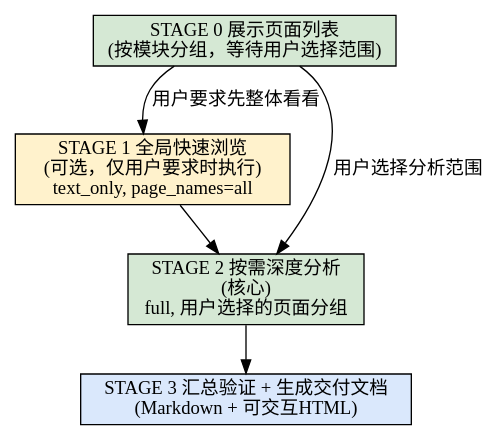
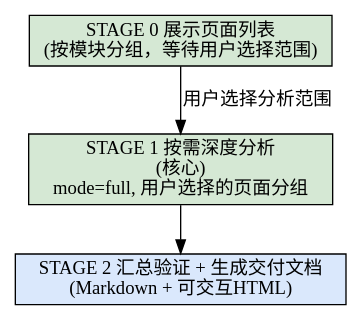
Before and after one commit to BlackFlame-plus/Flame-Skills: the second of 2 diagrams in plugins/ui-or-prd-tool/skills/lanhu-requirements/SKILL.md, drawn with Graphviz. The commit also changed other lines of this file and 3 other files, not shown here.

````diff
--- a/plugins/ui-or-prd-tool/skills/lanhu-requirements/SKILL.md
+++ b/plugins/ui-or-prd-tool/skills/lanhu-requirements/SKILL.md
@@ -180,16 +181,13 @@
 ```dot
-digraph four_stage {
+digraph workflow {
     rankdir=TB;
     node [shape=box, style=filled, fillcolor="#e8f4f8"];
 
     s0 [label="STAGE 0 展示页面列表\n(按模块分组，等待用户选择范围)", fillcolor="#d5e8d4"];
-    s1 [label="STAGE 1 全局快速浏览\n(可选，仅用户要求时执行)\ntext_only, page_names=all", fillcolor="#fff2cc"];
-    s2 [label="STAGE 2 按需深度分析\n(核心)\nfull, 用户选择的页面分组", fillcolor="#d5e8d4"];
-    s3 [label="STAGE 3 汇总验证 + 生成交付文档\n(Markdown + 可交互HTML)", fillcolor="#dae8fc"];
+    s1 [label="STAGE 1 按需深度分析\n(核心)\nmode=full, 用户选择的页面分组", fillcolor="#d5e8d4"];
+    s2 [label="STAGE 2 汇总验证 + 生成交付文档\n(Markdown + 可交互HTML)", fillcolor="#dae8fc"];
 
-    s0 -> s1 [label="用户要求先整体看看"];
-    s0 -> s2 [label="用户选择分析范围"];
+    s0 -> s1 [label="用户选择分析范围"];
     s1 -> s2;
-    s2 -> s3;
 }
 ```
````
